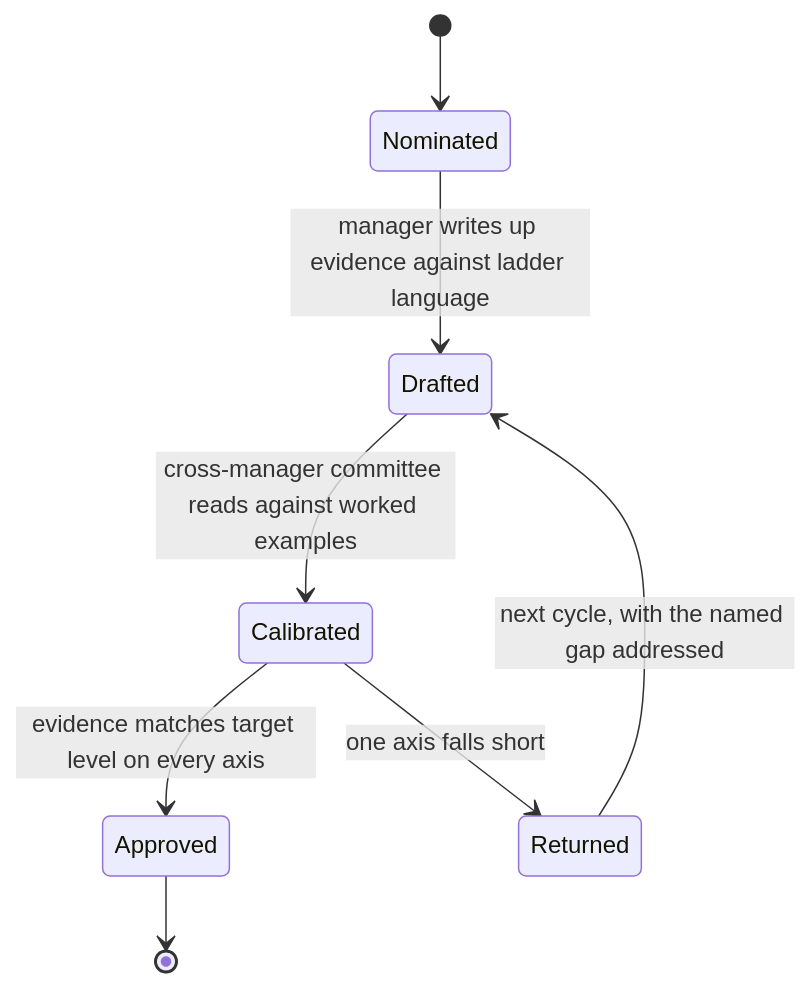
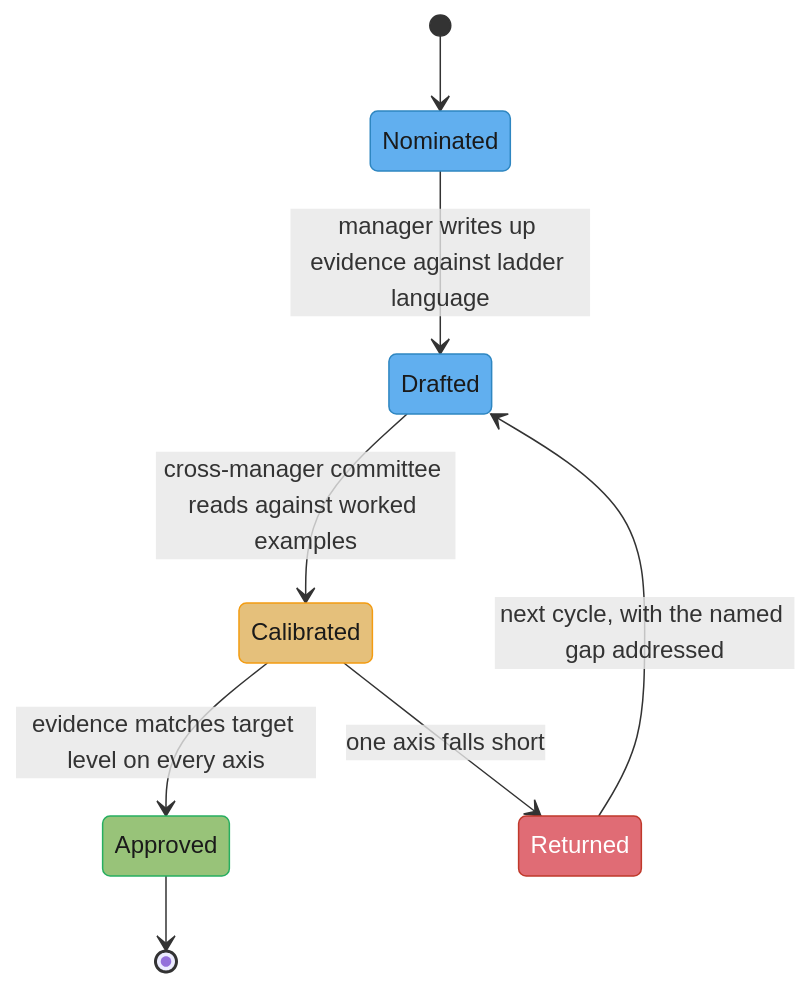
Before and after one commit to rppol/system-design: the fourth of 6 diagrams in src/main/java/com/rutik/systemdesign/soft_skills/engineering_career_ladders/engineering_career_ladders.md, drawn with Mermaid. The commit also changed other lines of this file and 655 other files, not shown here.

````diff
--- a/src/main/java/com/rutik/systemdesign/soft_skills/engineering_career_ladders/engineering_career_ladders.md
+++ b/src/main/java/com/rutik/systemdesign/soft_skills/engineering_career_ladders/engineering_career_ladders.md
@@ -243,10 +243,19 @@
 ```mermaid
 stateDiagram-v2
     [*] --> Nominated
     Nominated --> Drafted: manager writes up evidence against ladder language
     Drafted --> Calibrated: cross-manager committee reads against worked examples
     Calibrated --> Approved: evidence matches target level on every axis
     Calibrated --> Returned: one axis falls short
     Returned --> Drafted: next cycle, with the named gap addressed
     Approved --> [*]
+
+    classDef info   fill:#61afef,stroke:#2e86c1,color:#1a1a1a
+    classDef warn   fill:#e5c07b,stroke:#f39c12,color:#1a1a1a
+    classDef good   fill:#98c379,stroke:#27ae60,color:#1a1a1a
+    classDef bad    fill:#e06c75,stroke:#c0392b,color:#fff
+    class Nominated,Drafted info
+    class Calibrated warn
+    class Approved good
+    class Returned bad
 ```
````
